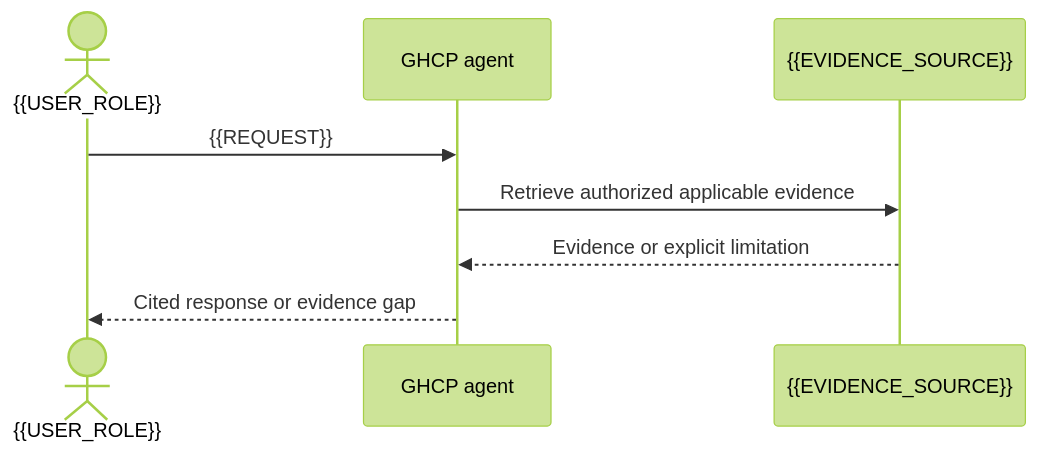
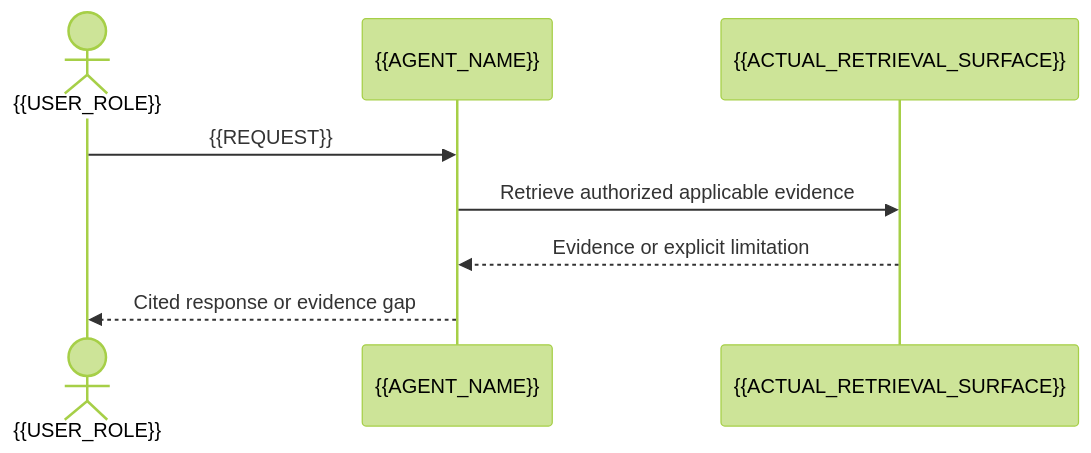
The second of 3 diagrams in .github/skills/ghcp-scenario-authoring/templates/2.Architecture.md (petepuu/ai-agent-runbooks), drawn with Mermaid (forest theme) before and after one commit. The commit also changed other lines of this file and 8 other files, not shown here.

````diff
--- a/.github/skills/ghcp-scenario-authoring/templates/2.Architecture.md
+++ b/.github/skills/ghcp-scenario-authoring/templates/2.Architecture.md
@@ -72,10 +91,10 @@
 ```mermaid
 sequenceDiagram
     actor User as {{USER_ROLE}}
-    participant Agent as GHCP agent
-    participant Evidence as {{EVIDENCE_SOURCE}}
+    participant Agent as {{AGENT_NAME}}
+    participant Evidence as {{ACTUAL_RETRIEVAL_SURFACE}}
     User->>Agent: {{REQUEST}}
     Agent->>Evidence: Retrieve authorized applicable evidence
     Evidence-->>Agent: Evidence or explicit limitation
     Agent-->>User: Cited response or evidence gap
 ```
````
